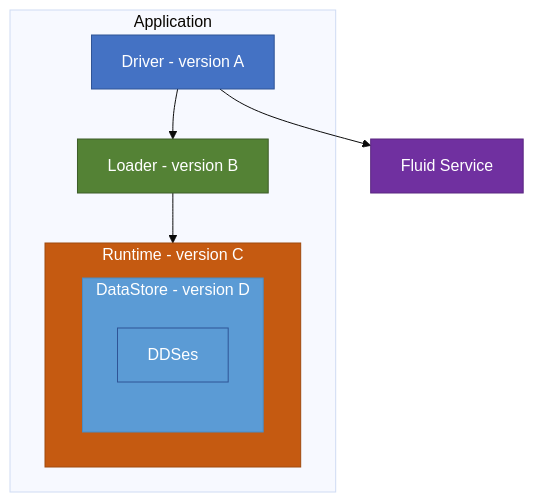
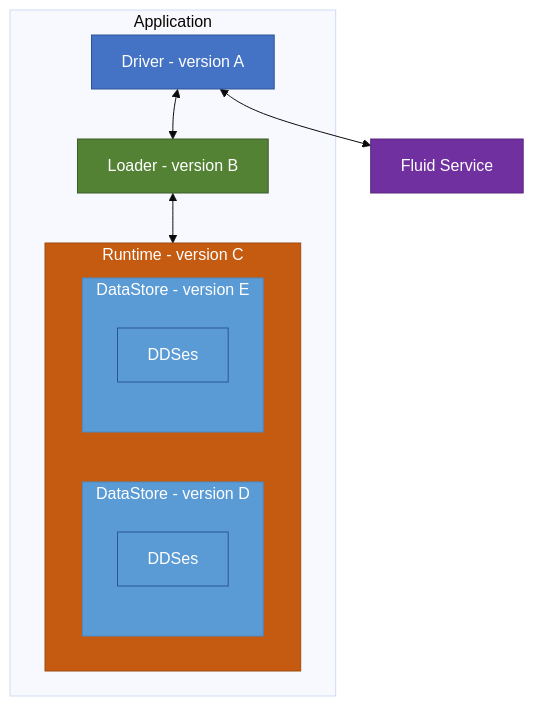
One commit to microsoft/FluidFramework changed the second of 3 diagrams in FluidCompatibilityConsiderations.md. Above: the diagram before and after it, drawn with Mermaid (base theme). The commit also changed other lines of this file, not shown here.

````diff
--- a/FluidCompatibilityConsiderations.md
+++ b/FluidCompatibilityConsiderations.md
@@ -59,24 +61,29 @@
 ```mermaid
 graph TD
     subgraph Application
         Driver[Driver - version A]
         Loader[Loader - version B]
         subgraph Runtime[Runtime - version C]
             subgraph DataStore[DataStore - version D]
                 DDSes[DDSes]
             end
+            subgraph DataStore2[DataStore - version E]
+                DDSes2[DDSes]
+            end
         end
     end
     FFS[Fluid Service]
 
-    Driver --> Loader
-    Driver --> FFS
-    Loader --> Runtime
+    Driver <--> Loader
+    Driver <--> FFS
+    Loader <--> Runtime
 
     style Driver fill:#4472c4,stroke:#2f5496,color:#fff
     style Loader fill:#548235,stroke:#3d5c28,color:#fff
     style Runtime fill:#c55a11,stroke:#a04a0e,color:#fff
     style DataStore fill:#5b9bd5,stroke:#4a8bc4,color:#fff
+    style DataStore2 fill:#5b9bd5,stroke:#4a8bc4,color:#fff
     style DDSes fill:#5b9bd5,stroke:#2f5496,color:#fff,stroke-width:1px
+    style DDSes2 fill:#5b9bd5,stroke:#2f5496,color:#fff,stroke-width:1px
     style FFS fill:#7030a0,stroke:#5a2680,color:#fff
 ```
````
